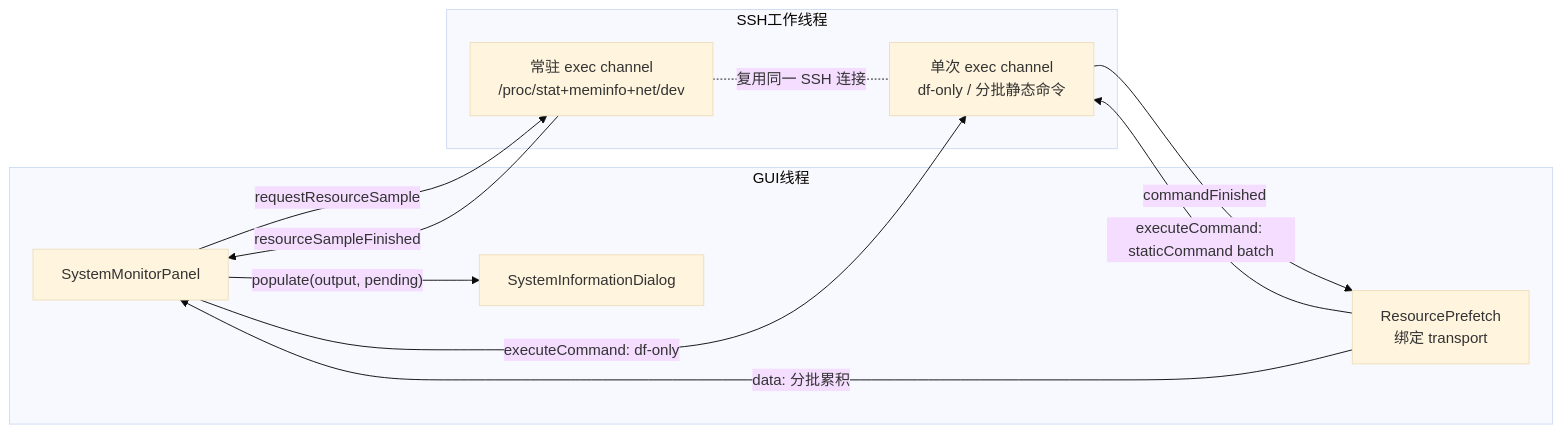
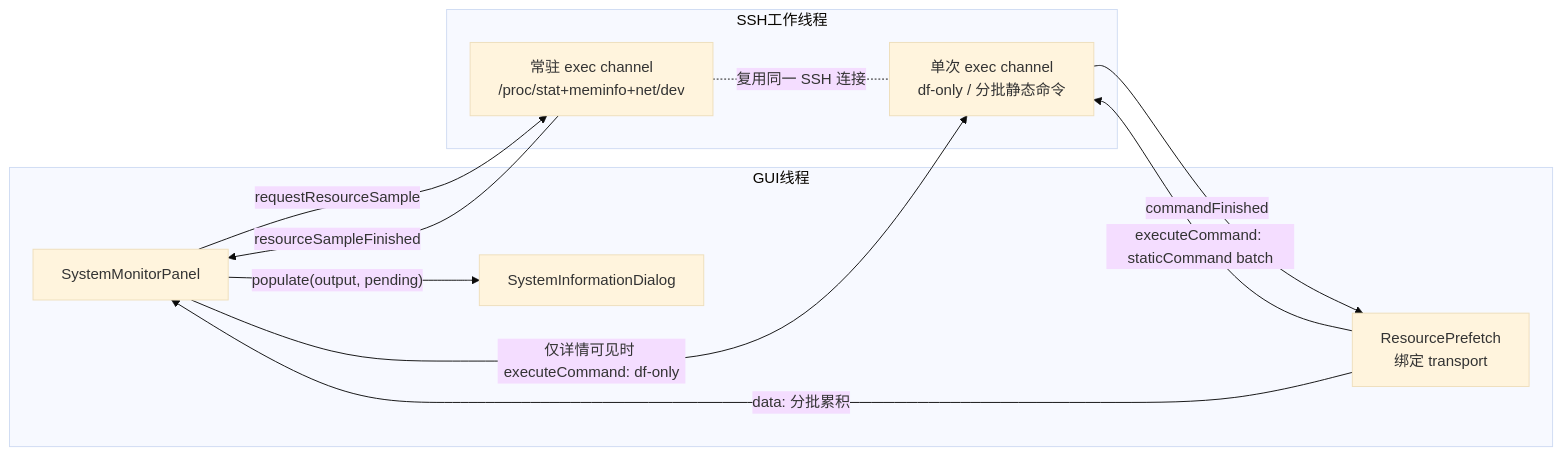
Before and after one commit to han-shao-jun/NovaTerm: the diagram in docs/architecture/stages/P7_System_Resource_Monitor.md, drawn with Mermaid (base theme). The commit also changed other lines of this file and 9 other files, not shown here.

````diff
--- a/docs/architecture/stages/P7_System_Resource_Monitor.md
+++ b/docs/architecture/stages/P7_System_Resource_Monitor.md
@@ -44,20 +44,20 @@
 ```mermaid
 flowchart LR
     subgraph GUI线程
         MP[SystemMonitorPanel]
         SID[SystemInformationDialog]
         PF[ResourcePrefetch<br/>绑定 transport]
     end
     subgraph SSH工作线程
         RC[常驻 exec channel<br/>/proc/stat+meminfo+net/dev]
         OC[单次 exec channel<br/>df-only / 分批静态命令]
     end
     MP -- requestResourceSample --> RC
     RC -- resourceSampleFinished --> MP
-    MP -- executeCommand: df-only --> OC
+    MP -- 仅详情可见时 executeCommand: df-only --> OC
     PF -- executeCommand: staticCommand batch --> OC
     OC -- commandFinished --> PF
     PF -- data: 分批累积 --> MP
     MP -- populate(output, pending) --> SID
     RC -. 复用同一 SSH 连接 .- OC
 ```
````
